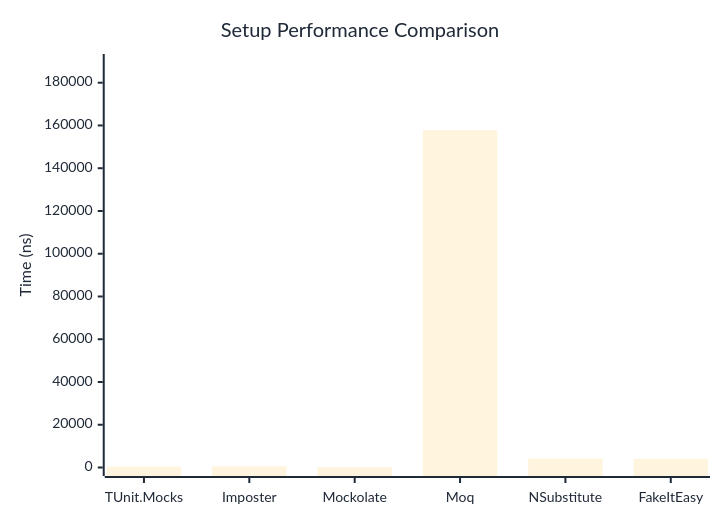
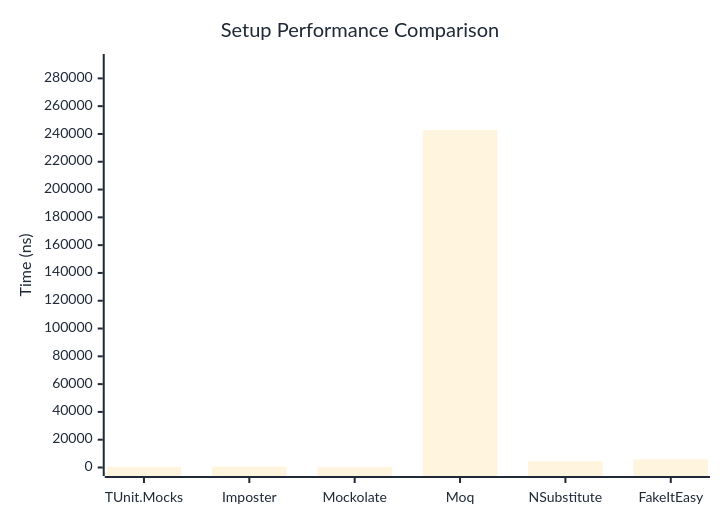
The first of 2 diagrams in docs/docs/benchmarks/mocks/Setup.md (thomhurst/TUnit), drawn with Mermaid before and after one commit. The commit also changed other lines of this file and 14 other files, not shown here.

````diff
--- a/docs/docs/benchmarks/mocks/Setup.md
+++ b/docs/docs/benchmarks/mocks/Setup.md
@@ -30,27 +30,27 @@
 ```mermaid
 %%{init: {
   'theme':'base',
   'themeVariables': {
     'primaryColor': '#2563eb',
     'primaryTextColor': '#1f2937',
     'primaryBorderColor': '#1e40af',
     'lineColor': '#6b7280',
     'secondaryColor': '#7c3aed',
     'tertiaryColor': '#dc2626',
     'background': '#ffffff',
     'pie1': '#2563eb',
     'pie2': '#7c3aed',
     'pie3': '#dc2626',
     'pie4': '#f59e0b',
     'pie5': '#10b981',
     'pie6': '#06b6d4',
     'pie7': '#ec4899',
     'pie8': '#6366f1'
   }
 }}%%
 xychart-beta
   title "Setup Performance Comparison"
   x-axis ["TUnit.Mocks", "Imposter", "Mockolate", "Moq", "NSubstitute", "FakeItEasy"]
-  y-axis "Time (ns)" 0 --> 189457
-  bar [399.5, 592.4, 223.1, 157880.1, 4136.6, 4074.3]
+  y-axis "Time (ns)" 0 --> 291419
+  bar [437.1, 647.9, 251, 242848.4, 4753.3, 5904.7]
 ```
````
